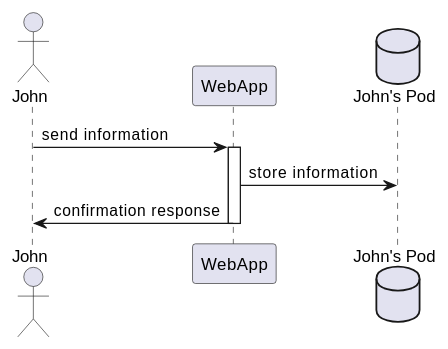
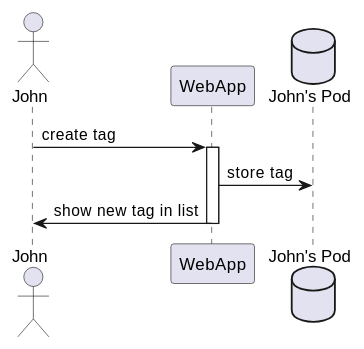
One commit to Arquisoft/radarin_en2b changed the first of 4 diagrams in webapp/docs/06_runtime_view.adoc. Above: the diagram before and after it, drawn with PlantUML. The commit also changed other lines of this file and 3 other files, not shown here.

```diff
--- a/webapp/docs/06_runtime_view.adoc
+++ b/webapp/docs/06_runtime_view.adoc
@@ -37,15 +37,14 @@
 [plantuml,"adding-info-pod",svg]
 ....
 actor John as u
 participant WebApp as wa
 database "John's Pod" as jpod
 
-u -> wa : send information
+u -> wa : create tag
 activate wa
 
-wa -> jpod : store information
-
-wa -> u : confirmation response
+wa -> jpod : store tag
+wa -> u : show new tag in list
 
 deactivate wa
 ....
```
